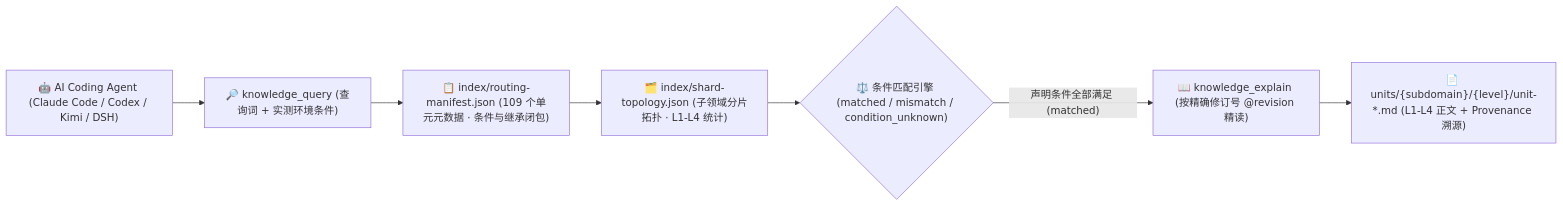
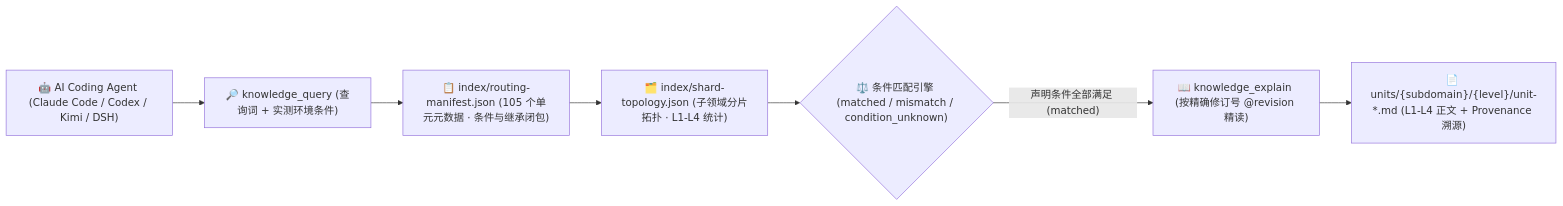
One commit to mindie-agent/knowledge-infer-core changed the diagram in README.md. Above: the diagram before and after it, drawn with Mermaid. The commit also changed other lines of this file and 7 other files, not shown here.

````diff
--- a/README.md
+++ b/README.md
@@ -99,13 +99,13 @@
 ```mermaid
 flowchart LR
   Agent["🤖 AI Coding Agent (Claude Code / Codex / Kimi / DSH)"]
   Query["🔎 knowledge_query (查询词 + 实测环境条件)"]
-  Manifest["📋 index/routing-manifest.json (109 个单元元数据 · 条件与继承闭包)"]
+  Manifest["📋 index/routing-manifest.json (105 个单元元数据 · 条件与继承闭包)"]
   Topology["🗂️ index/shard-topology.json (子领域分片拓扑 · L1-L4 统计)"]
   Match{"⚖️ 条件匹配引擎 (matched / mismatch / condition_unknown)"}
   Explain["📖 knowledge_explain (按精确修订号 @revision 精读)"]
   Units["📄 units/{subdomain}/{level}/unit-*.md (L1-L4 正文 + Provenance 溯源)"]
 
   Agent --> Query --> Manifest --> Topology --> Match
   Match -- "声明条件全部满足 (matched)" --> Explain --> Units
 ```
````
